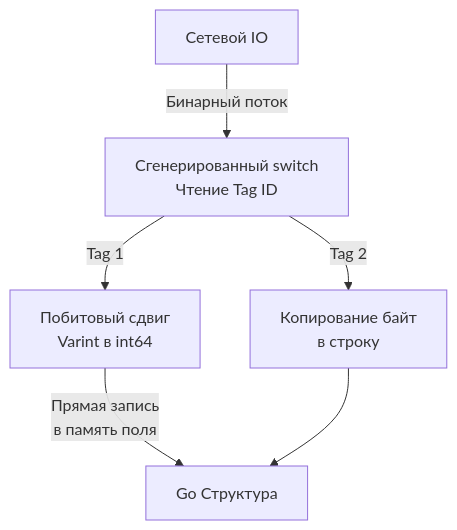
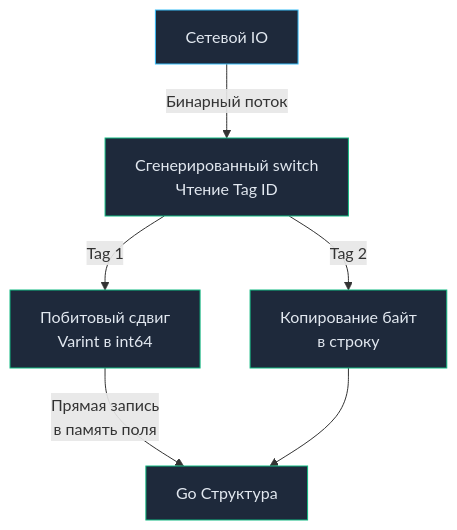
Before and after one commit to UnrealTemplier/go-textbook: the second of 2 diagrams in sources/10. Проектирование API и Сетевые протоколы/7. Форматы данных JSON vs Protobuf.md, drawn with Mermaid. The commit also changed other lines of this file, not shown here.

````diff
--- a/sources/10. Проектирование API и Сетевые протоколы/7. Форматы данных JSON vs Protobuf.md
+++ b/sources/10. Проектирование API и Сетевые протоколы/7. Форматы данных JSON vs Protobuf.md
@@ -69,8 +120,13 @@
 ```mermaid
 flowchart TD
-    Net["Сетевой IO"]-->|"Бинарный поток"|Switch["Сгенерированный switch<br>Чтение Tag ID"]
-    Switch-->|"Tag 1"|Varint["Побитовый сдвиг<br>Varint в int64"]
-    Switch-->|"Tag 2"|String["Копирование байт<br>в строку"]
-    Varint-->|"Прямая запись<br>в память поля"|Struct["Go Структура"]
-    String-->Struct
+    Net["Сетевой IO"] -->|"Бинарный поток"| Switch["Сгенерированный switch<br>Чтение Tag ID"]
+    Switch -->|"Tag 1"| Varint["Побитовый сдвиг<br>Varint в int64"]
+    Switch -->|"Tag 2"| String["Копирование байт<br>в строку"]
+    Varint -->|"Прямая запись<br>в память поля"| Struct["Go Структура"]
+    String --> Struct
+
+    classDef proc fill:#1e293b,stroke:#38bdf8,stroke-width:1px,color:#e2e8f0;
+    classDef fast fill:#1e293b,stroke:#10b981,stroke-width:1px,color:#e2e8f0;
+    class Net proc;
+    class Switch,Varint,String,Struct fast;
 ```
````
